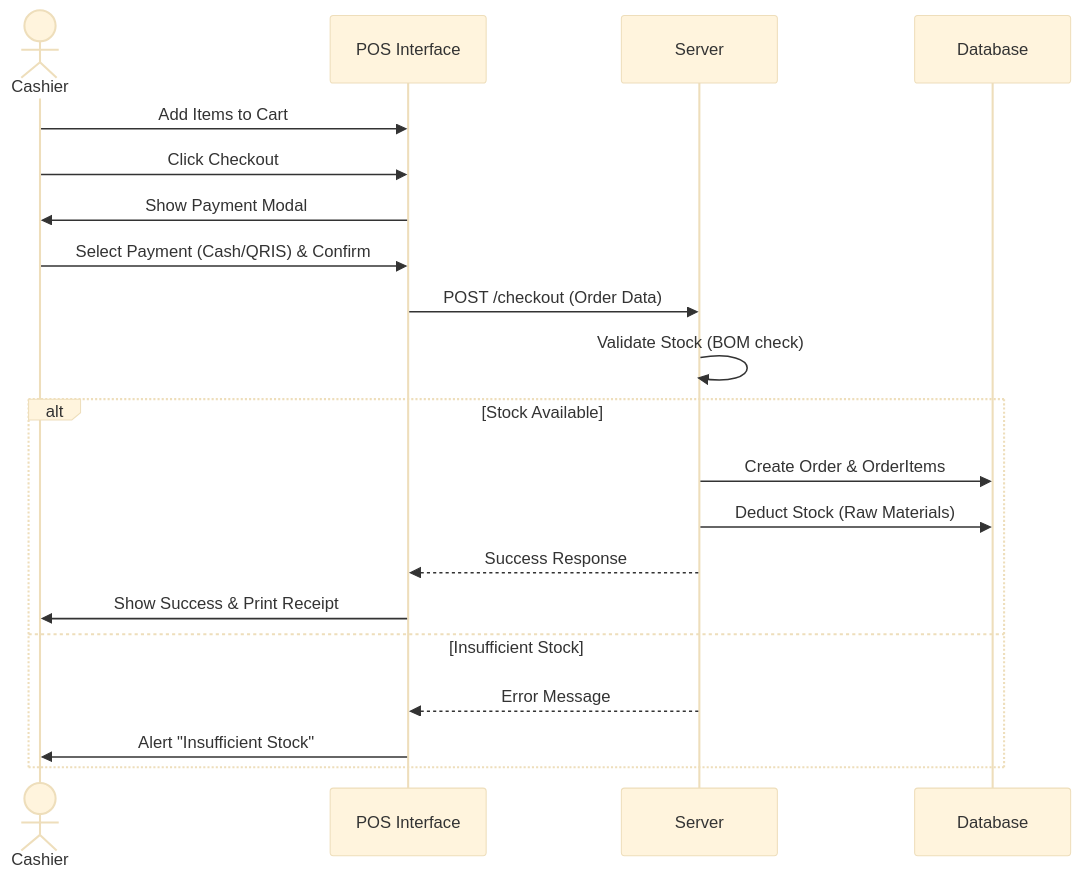
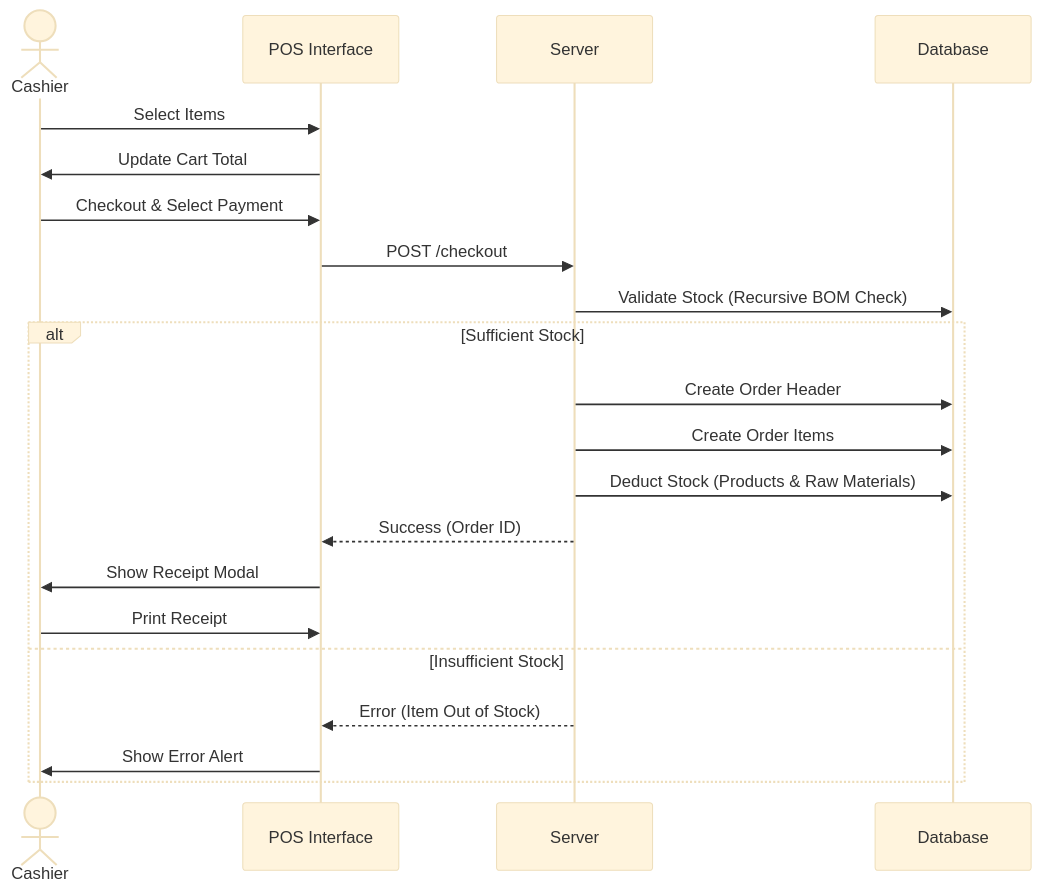
Before and after one commit to momotachi/liosync-pos: the first of 2 diagrams in PRD.md, drawn with Mermaid (base theme). The commit also changed other lines of this file and 34 other files, not shown here.

````diff
--- a/PRD.md
+++ b/PRD.md
@@ -100,23 +64,24 @@
 ```mermaid
 sequenceDiagram
     actor Cashier
     participant UI as POS Interface
     participant Server
     participant DB as Database
 
-    Cashier->>UI: Add Items to Cart
-    Cashier->>UI: Click Checkout
-    UI->>Cashier: Show Payment Modal
-    Cashier->>UI: Select Payment (Cash/QRIS) & Confirm
-    UI->>Server: POST /checkout (Order Data)
-    Server->>Server: Validate Stock (BOM check)
-    alt Stock Available
-        Server->>DB: Create Order & OrderItems
-        Server->>DB: Deduct Stock (Raw Materials)
-        Server-->>UI: Success Response
-        UI->>Cashier: Show Success & Print Receipt
+    Cashier->>UI: Select Items
+    UI->>Cashier: Update Cart Total
+    Cashier->>UI: Checkout & Select Payment
+    UI->>Server: POST /checkout
+    Server->>DB: Validate Stock (Recursive BOM Check)
+    alt Sufficient Stock
+        Server->>DB: Create Order Header
+        Server->>DB: Create Order Items
+        Server->>DB: Deduct Stock (Products & Raw Materials)
+        Server-->>UI: Success (Order ID)
+        UI->>Cashier: Show Receipt Modal
+        Cashier->>UI: Print Receipt
     else Insufficient Stock
-        Server-->>UI: Error Message
-        UI->>Cashier: Alert "Insufficient Stock"
+        Server-->>UI: Error (Item Out of Stock)
+        UI->>Cashier: Show Error Alert
     end
 ```
````
